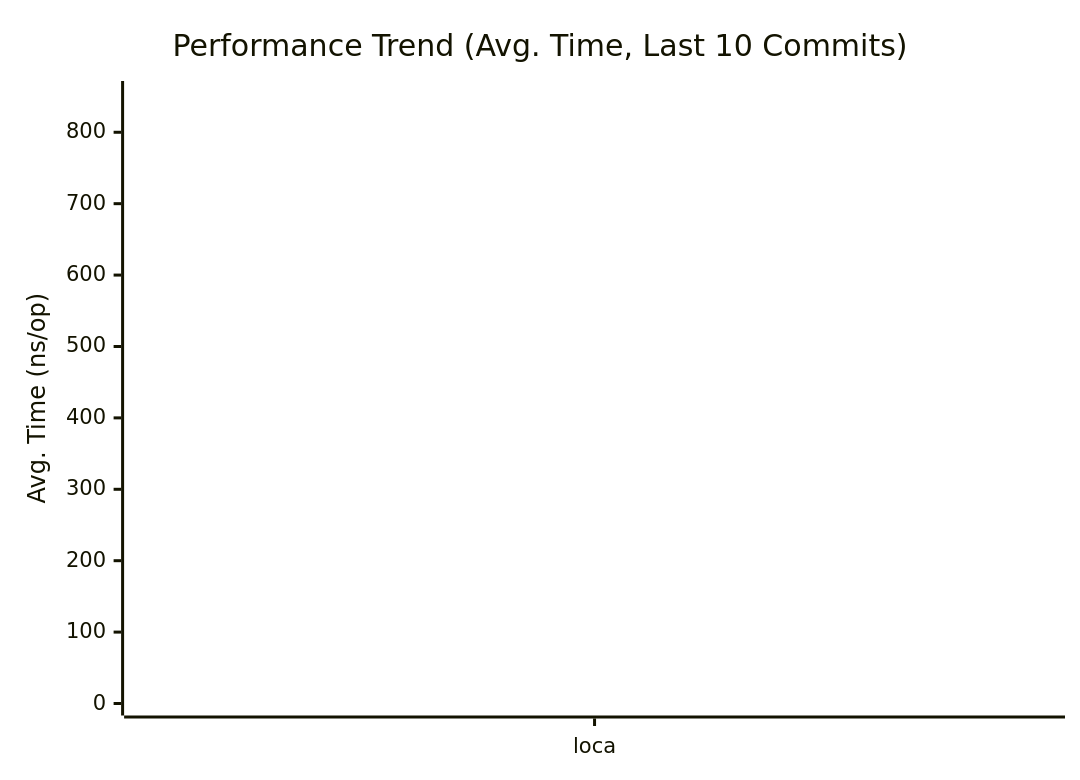
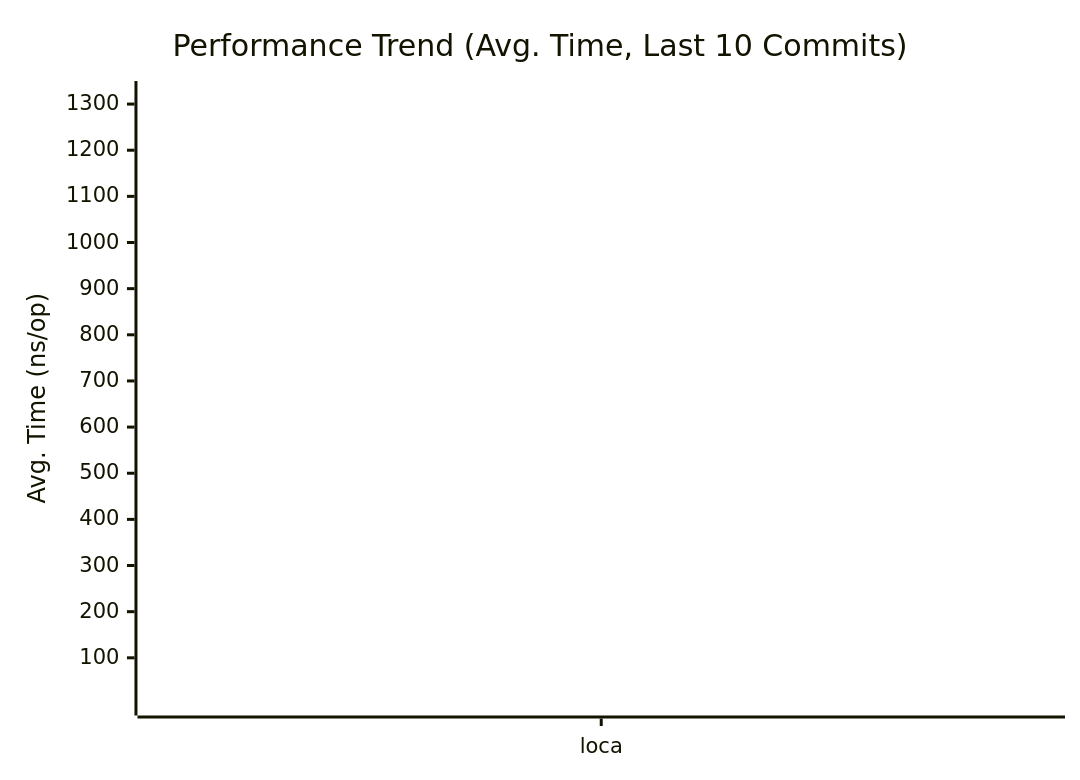
The first of 3 diagrams in docs/PERFORMANCE.md (alsotoes/momo), drawn with Mermaid before and after one commit. The commit also changed other lines of this file and 2 other files, not shown here.

````diff
--- a/docs/PERFORMANCE.md
+++ b/docs/PERFORMANCE.md
@@ -80,16 +80,16 @@
 ```mermaid
 xychart-beta
     title "Performance Trend (Avg. Time, Last 10 Commits)"
     x-axis "Commit"
     y-axis "Avg. Time (ns/op)"
     x-axis [loca]
-    line "CheckMetricsAndSwap" [7,19,6,6,6,7,14,7,6,6]
-    line "CrushOptimized" [345,528,260,279,265,295,618,264,255,245]
-    line "CrushOriginal" [708,1101,375,388,399,426,831,362,367,368]
-    line "IndexDirectTracking" [0,1,0,0,0,0,1,0,0,0]
-    line "IndexSearch" [3,4,3,2,3,3,4,3,3,3]
-    line "LoadGlobalConfig" [855,1324,681,613,619,815,1442,632,613,599]
-    line "PadString" [2,2,2,2,2,2,3,2,2,2]
+    line "CheckMetricsAndSwap" [19,6,6,6,7,14,7,6,6,7]
+    line "CrushOptimized" [528,260,279,265,295,618,264,255,245,263]
+    line "CrushOriginal" [1101,375,388,399,426,831,362,367,368,359]
+    line "IndexDirectTracking" [1,0,0,0,0,1,0,0,0,0]
+    line "IndexSearch" [4,3,2,3,3,4,3,3,3,3]
+    line "LoadGlobalConfig" [1324,681,613,619,815,1442,632,613,599,626]
+    line "PadString" [2,2,2,2,2,3,2,2,2,2]
     line "ParseReplicationOrder_NoPrealloc" [350,349,357,354,345,225,229,165,232,234]
     line "ParseReplicationOrder_Prealloc" [229,231,237,234,229,108,107,80,110,109]
 ```
````
